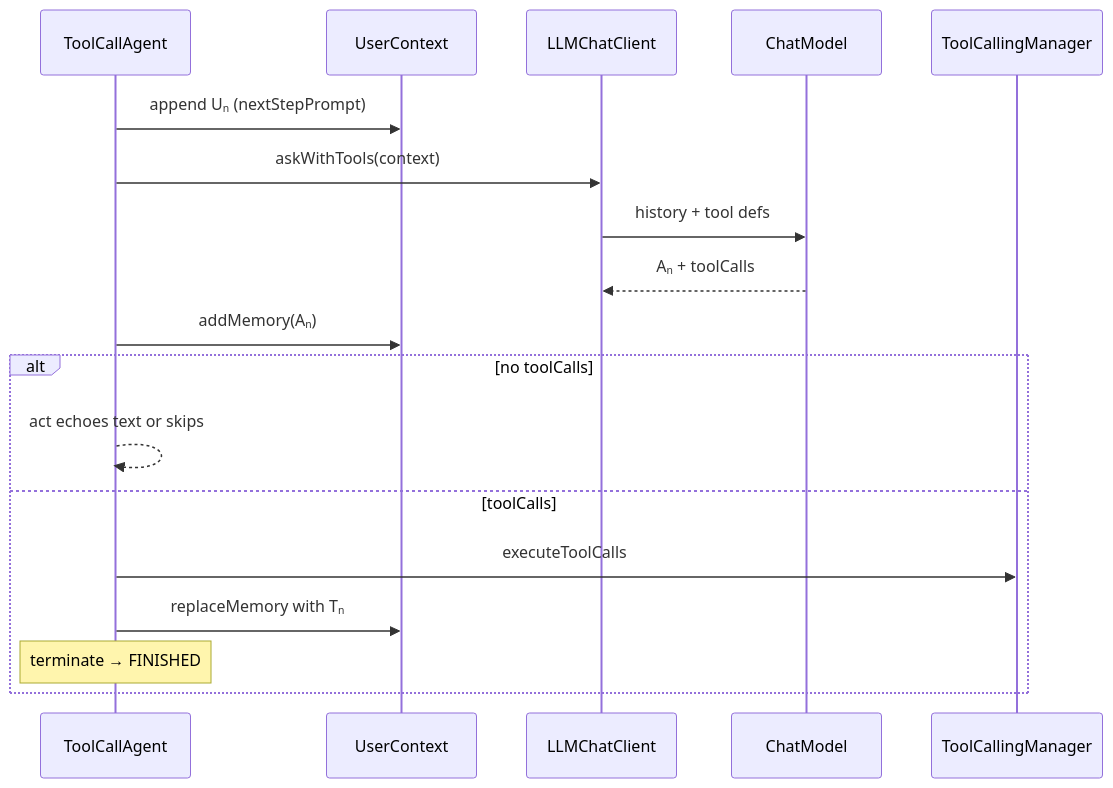
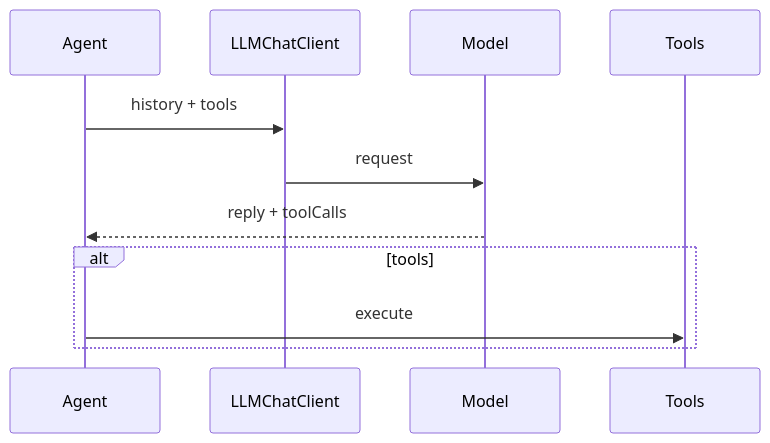
Before and after one commit to jixie-wish/Janus: the fifth of 6 diagrams in core/docs/AGENT-FLOW.en.md, drawn with Mermaid. The commit also changed other lines of this file, not shown here.

````diff
--- a/core/docs/AGENT-FLOW.en.md
+++ b/core/docs/AGENT-FLOW.en.md
@@ -117,22 +129,14 @@
 ```mermaid
 sequenceDiagram
-    participant AG as ToolCallAgent
-    participant CTX as UserContext
+    participant AG as Agent
     participant LC as LLMChatClient
-    participant API as ChatModel
-    participant TM as ToolCallingManager
+    participant API as Model
+    participant TM as Tools
 
-    AG->>CTX: append Uₙ (nextStepPrompt)
-    AG->>LC: askWithTools(context)
-    LC->>API: history + tool defs
-    API-->>LC: Aₙ + toolCalls
-    AG->>CTX: addMemory(Aₙ)
-
-    alt no toolCalls
-        AG-->>AG: act echoes text or skips
-    else toolCalls
-        AG->>TM: executeToolCalls
-        AG->>CTX: replaceMemory with Tₙ
-        Note over AG: terminate → FINISHED
+    AG->>LC: history + tools
+    LC->>API: request
+    API-->>AG: reply + toolCalls
+    alt tools
+        AG->>TM: execute
     end
 ```
````
